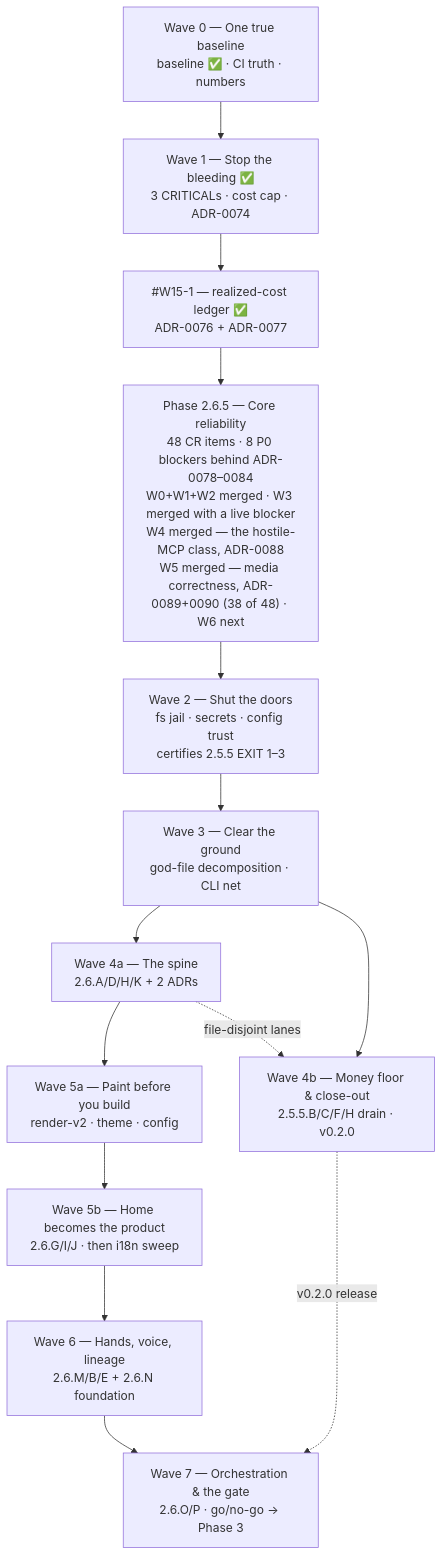
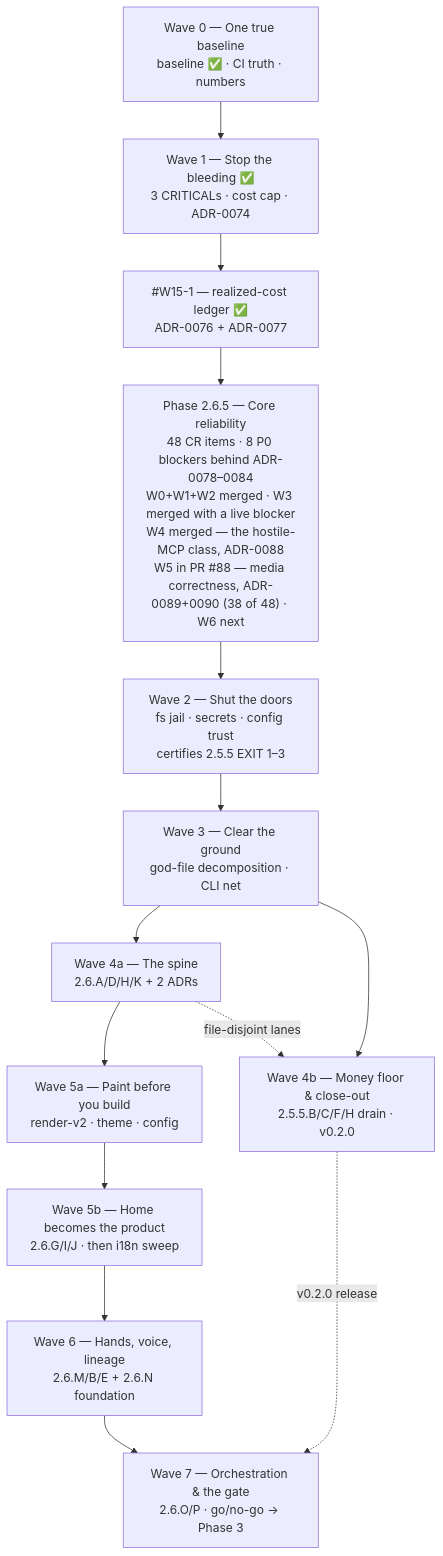
The diagram in docs/roadmap/current.md (HodeTech/Relavium), drawn with Mermaid before and after one commit. The commit also changed other lines of this file and 13 other files, not shown here.

````diff
--- a/docs/roadmap/current.md
+++ b/docs/roadmap/current.md
@@ -89,19 +89,19 @@
 ```mermaid
 flowchart TD
     W0["Wave 0 — One true baseline<br/>baseline ✅ · CI truth · numbers"]
     W1["Wave 1 — Stop the bleeding ✅<br/>3 CRITICALs · cost cap · ADR-0074"]
     LEDGER["#W15-1 — realized-cost ledger ✅<br/>ADR-0076 + ADR-0077"]
-    P265["Phase 2.6.5 — Core reliability<br/>48 CR items · 8 P0 blockers behind ADR-0078–0084<br/>W0+W1+W2 merged · W3 merged with a live blocker<br/>W4 merged — the hostile-MCP class, ADR-0088<br/>W5 merged — media correctness, ADR-0089+0090 (38 of 48) · W6 next"]
+    P265["Phase 2.6.5 — Core reliability<br/>48 CR items · 8 P0 blockers behind ADR-0078–0084<br/>W0+W1+W2 merged · W3 merged with a live blocker<br/>W4 merged — the hostile-MCP class, ADR-0088<br/>W5 in PR #88 — media correctness, ADR-0089+0090 (38 of 48) · W6 next"]
     W2["Wave 2 — Shut the doors<br/>fs jail · secrets · config trust<br/>certifies 2.5.5 EXIT 1–3"]
     W3["Wave 3 — Clear the ground<br/>god-file decomposition · CLI net"]
     W4a["Wave 4a — The spine<br/>2.6.A/D/H/K + 2 ADRs"]
     W4b["Wave 4b — Money floor & close-out<br/>2.5.5.B/C/F/H drain · v0.2.0"]
     W5a["Wave 5a — Paint before you build<br/>render-v2 · theme · config"]
     W5b["Wave 5b — Home becomes the product<br/>2.6.G/I/J · then i18n sweep"]
     W6["Wave 6 — Hands, voice, lineage<br/>2.6.M/B/E + 2.6.N foundation"]
     W7["Wave 7 — Orchestration & the gate<br/>2.6.O/P · go/no-go → Phase 3"]
     W0 --> W1 --> LEDGER --> P265 --> W2 --> W3 --> W4a --> W5a --> W5b --> W6 --> W7
     W3 --> W4b
     W4b -.->|v0.2.0 release| W7
     W4a -.->|file-disjoint lanes| W4b
 ```
````
